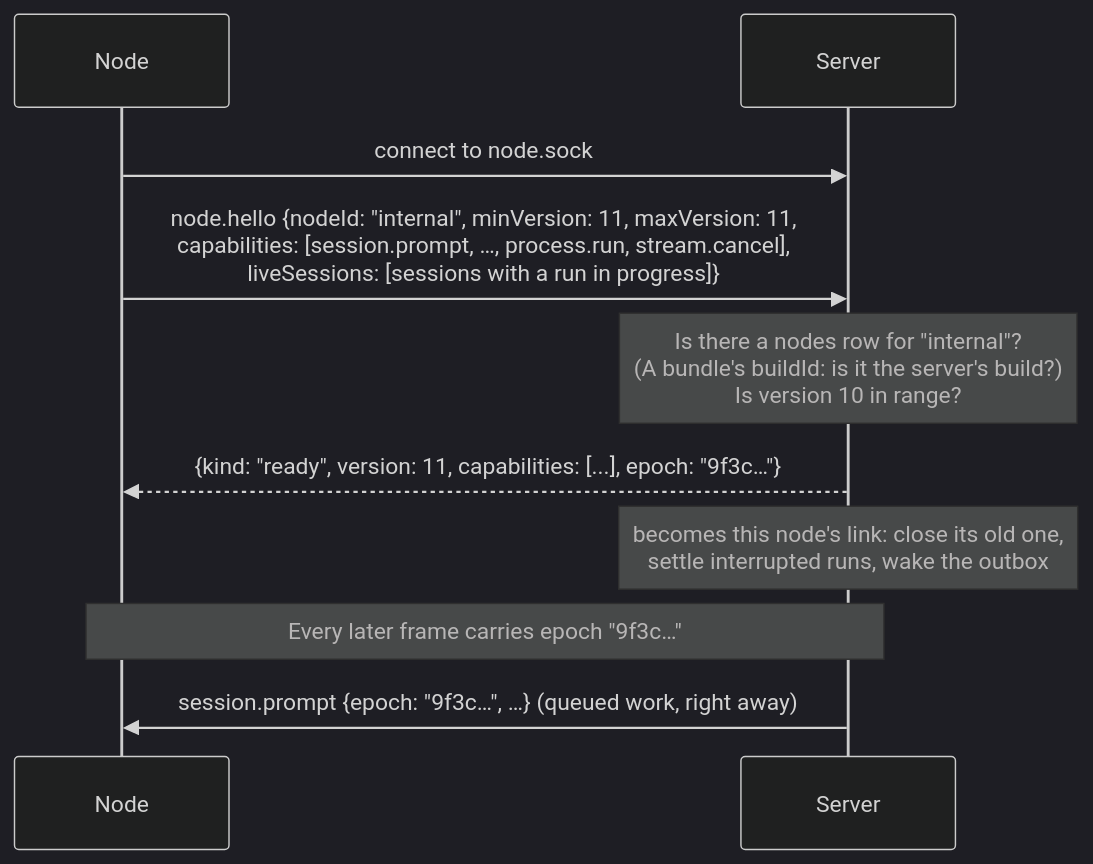
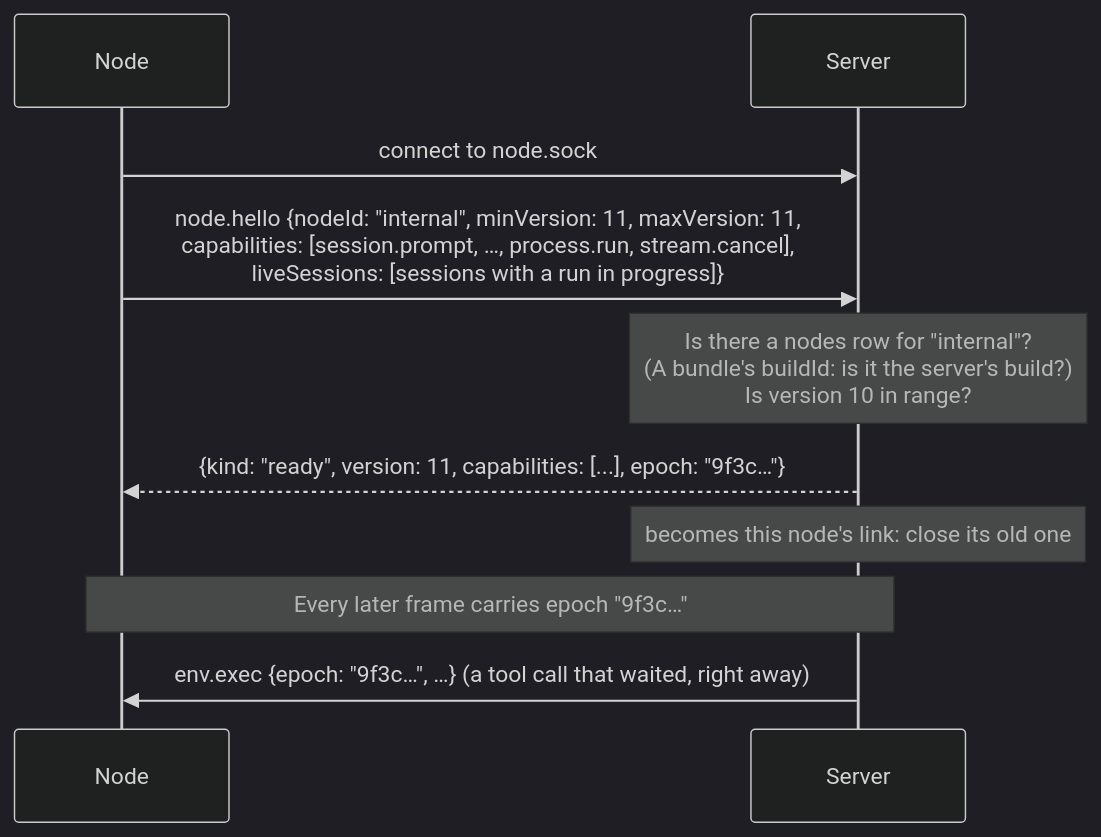
Before and after one commit to willtcarey/reins: the fourth of 9 diagrams in docs/dev/node-transport.md, drawn with Mermaid (dark theme). The commit also changed other lines of this file and 94 other files, not shown here.

````diff
--- a/docs/dev/node-transport.md
+++ b/docs/dev/node-transport.md
@@ -276,12 +275,12 @@
 ```mermaid
 sequenceDiagram
     participant N as Node
     participant S as Server
     N->>S: connect to node.sock
     N->>S: node.hello {nodeId: "internal", minVersion: 11, maxVersion: 11,<br/>capabilities: [session.prompt, …, process.run, stream.cancel],<br/>liveSessions: [sessions with a run in progress]}
     Note over S: Is there a nodes row for "internal"?<br/>(A bundle's buildId: is it the server's build?)<br/>Is version 10 in range?
     S-->>N: {kind: "ready", version: 11, capabilities: [...], epoch: "9f3c…"}
-    Note over S: becomes this node's link: close its old one,<br/>settle interrupted runs, wake the outbox
+    Note over S: becomes this node's link: close its old one
     Note over N,S: Every later frame carries epoch "9f3c…"
-    S->>N: session.prompt {epoch: "9f3c…", …} (queued work, right away)
+    S->>N: env.exec {epoch: "9f3c…", …} (a tool call that waited, right away)
 ```
````
